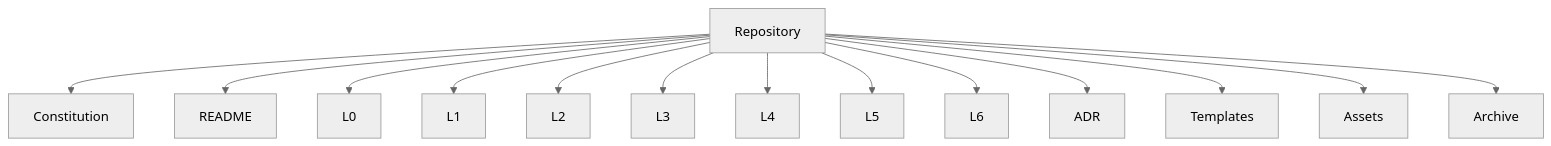
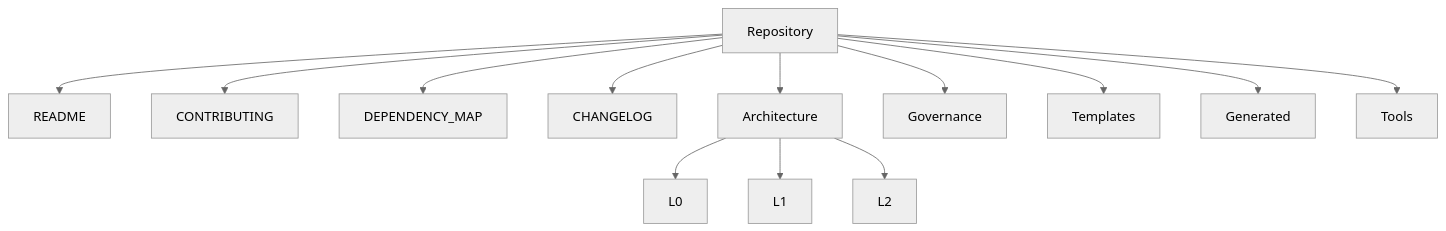
Before and after one commit to Varad1604/ERP_hark: the first of 7 diagrams in governance/constitution/Volume_6_Repository_Reference_Manual.md, drawn with Mermaid (neutral theme). The commit also changed other lines of this file and 26 other files, not shown here.

````diff
--- a/governance/constitution/Volume_6_Repository_Reference_Manual.md
+++ b/governance/constitution/Volume_6_Repository_Reference_Manual.md
@@ -96,55 +65,17 @@
 ```mermaid
 flowchart TD
 
-Repository
+Repository --> README
+Repository --> CONTRIBUTING
+Repository --> DEPENDENCY_MAP
+Repository --> CHANGELOG
+Repository --> Architecture
+Repository --> Governance
+Repository --> Templates
+Repository --> Generated
+Repository --> Tools
 
--->Constitution
-
-Repository
-
--->README
-
-Repository
-
--->L0
-
-Repository
-
--->L1
-
-Repository
-
--->L2
-
-Repository
-
--->L3
-
-Repository
-
--->L4
-
-Repository
-
--->L5
-
-Repository
-
--->L6
-
-Repository
-
--->ADR
-
-Repository
-
--->Templates
-
-Repository
-
--->Assets
-
-Repository
-
--->Archive
+Architecture --> L0
+Architecture --> L1
+Architecture --> L2
 ```
````
